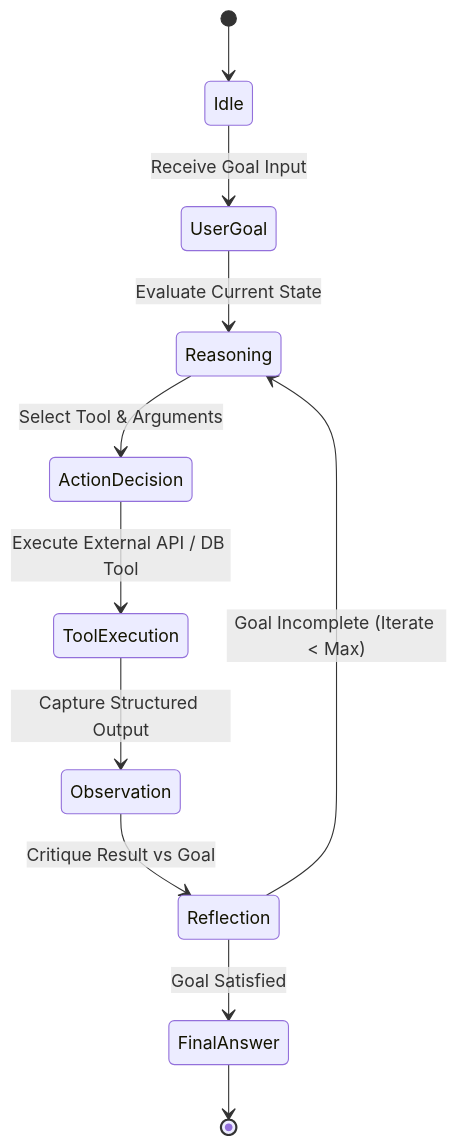
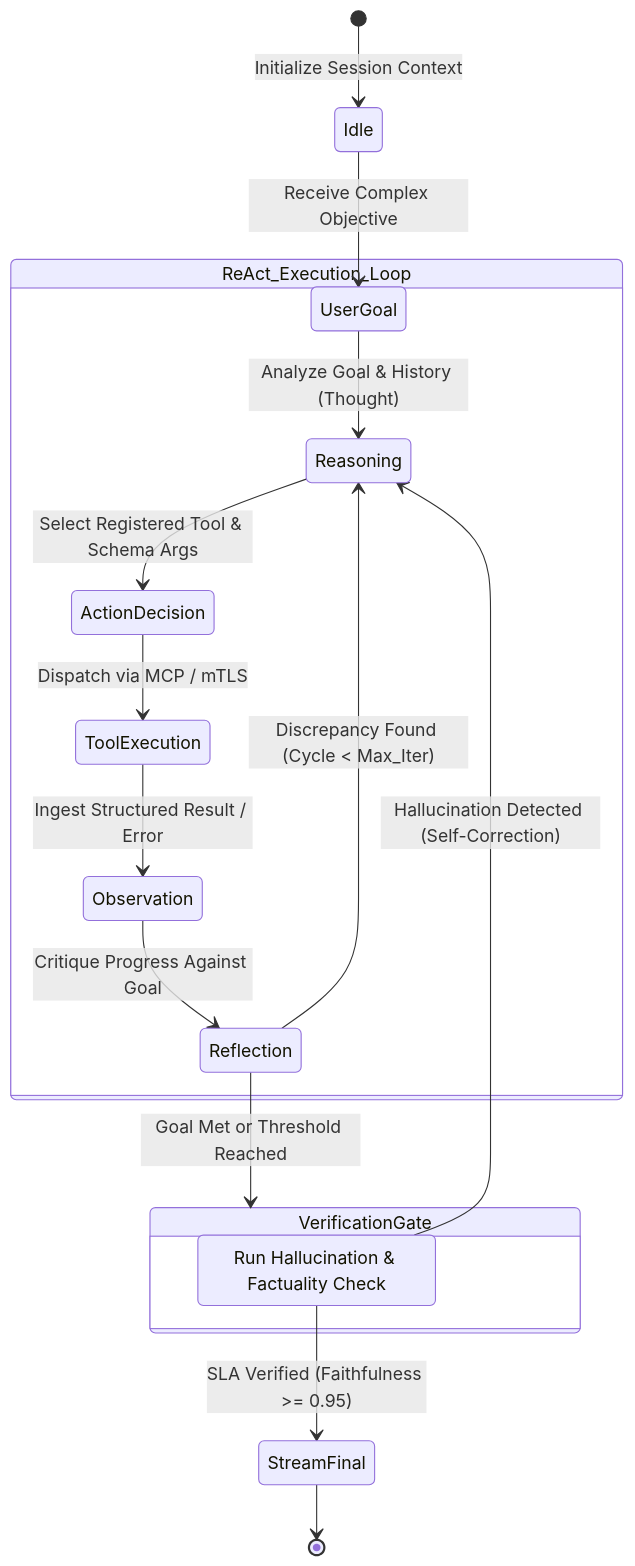
The first of 2 diagrams in content/series/ai-data-engineering-pipeline/part-6-rise-of-ai-agents.md (vesviet/vesviet), drawn with Mermaid before and after one commit. The commit also changed other lines of this file and 67 other files, not shown here.

````diff
--- a/content/series/ai-data-engineering-pipeline/part-6-rise-of-ai-agents.md
+++ b/content/series/ai-data-engineering-pipeline/part-6-rise-of-ai-agents.md
@@ -43,15 +69,26 @@
 ```mermaid
 stateDiagram-v2
-    [*] --> Idle
-    Idle --> UserGoal: Receive Goal Input
-    UserGoal --> Reasoning: Evaluate Current State
-    Reasoning --> ActionDecision: Select Tool & Arguments
+    [*] --> Idle: Initialize Session Context
+    Idle --> UserGoal: Receive Complex Objective
     
-    ActionDecision --> ToolExecution: Execute External API / DB Tool
-    ToolExecution --> Observation: Capture Structured Output
+    state ReAct_Execution_Loop {
+        UserGoal --> Reasoning: Analyze Goal & History (Thought)
+        Reasoning --> ActionDecision: Select Registered Tool & Schema Args
+        
+        ActionDecision --> ToolExecution: Dispatch via MCP / mTLS
+        ToolExecution --> Observation: Ingest Structured Result / Error
+        
+        Observation --> Reflection: Critique Progress Against Goal
+        Reflection --> Reasoning: Discrepancy Found (Cycle < Max_Iter)
+    }
     
-    Observation --> Reflection: Critique Result vs Goal
-    Reflection --> Reasoning: Goal Incomplete (Iterate < Max)
-    Reflection --> FinalAnswer: Goal Satisfied
-    FinalAnswer --> [*]
+    Reflection --> VerificationGate: Goal Met or Threshold Reached
+    
+    state VerificationGate {
+        OutputJudge: Run Hallucination & Factuality Check
+    }
+    
+    OutputJudge --> StreamFinal: SLA Verified (Faithfulness >= 0.95)
+    OutputJudge --> Reasoning: Hallucination Detected (Self-Correction)
+    StreamFinal --> [*]
 ```
````
